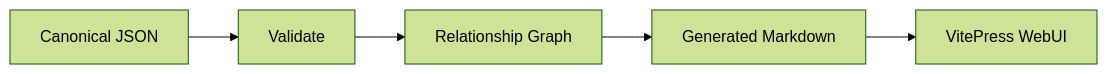
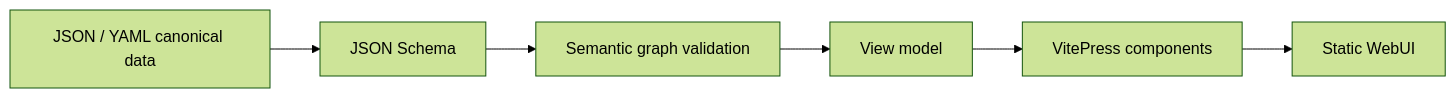
One commit to Tunglam0605/Engineering-Report-Stack changed the second of 2 diagrams in web/generated/demo-report.md. Above: the diagram before and after it, drawn with Mermaid (forest theme). The commit also changed other lines of this file and 45 other files, not shown here.

````diff
--- a/web/generated/demo-report.md
+++ b/web/generated/demo-report.md
@@ -74,7 +70,8 @@
 ```mermaid
 flowchart LR
-  A[Canonical JSON] --> B[Validate]
-  B --> C[Relationship Graph]
-  C --> D[Generated Markdown]
-  D --> E[VitePress WebUI]
+  A[JSON / YAML canonical data] --> B[JSON Schema]
+  B --> C[Semantic graph validation]
+  C --> D[View model]
+  D --> E[VitePress components]
+  E --> F[Static WebUI]
 ```
````
